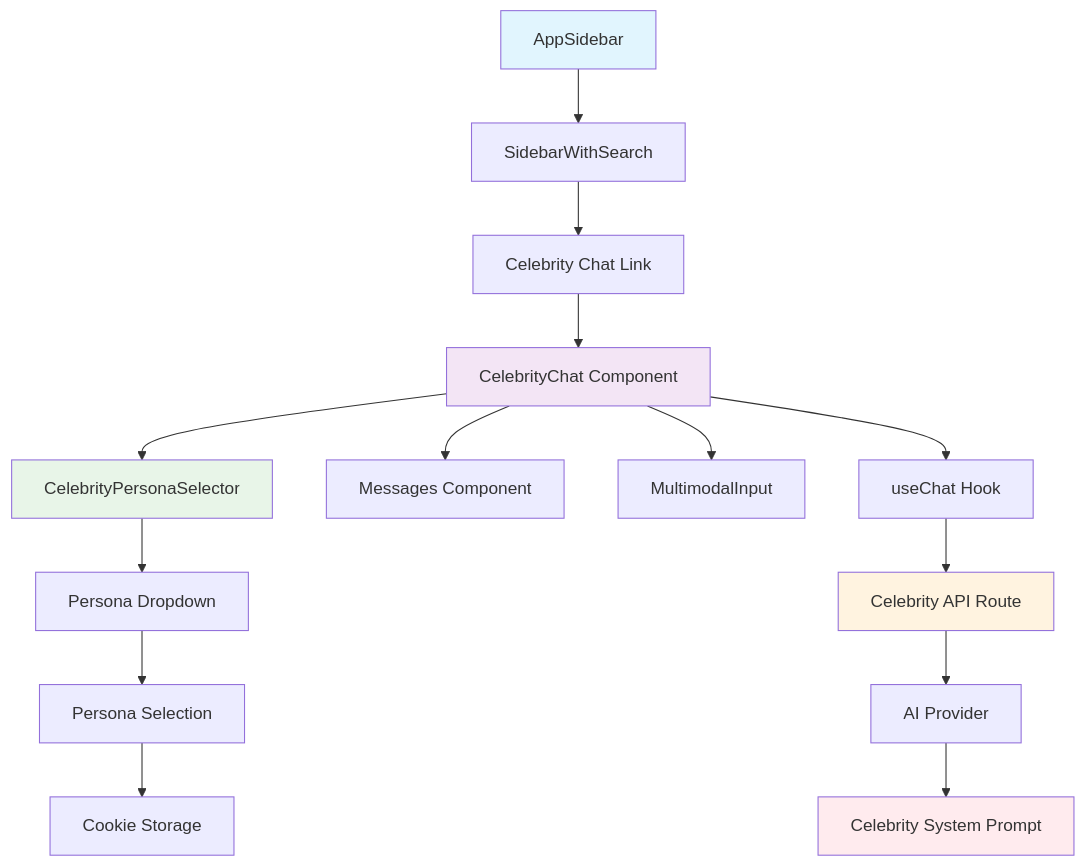
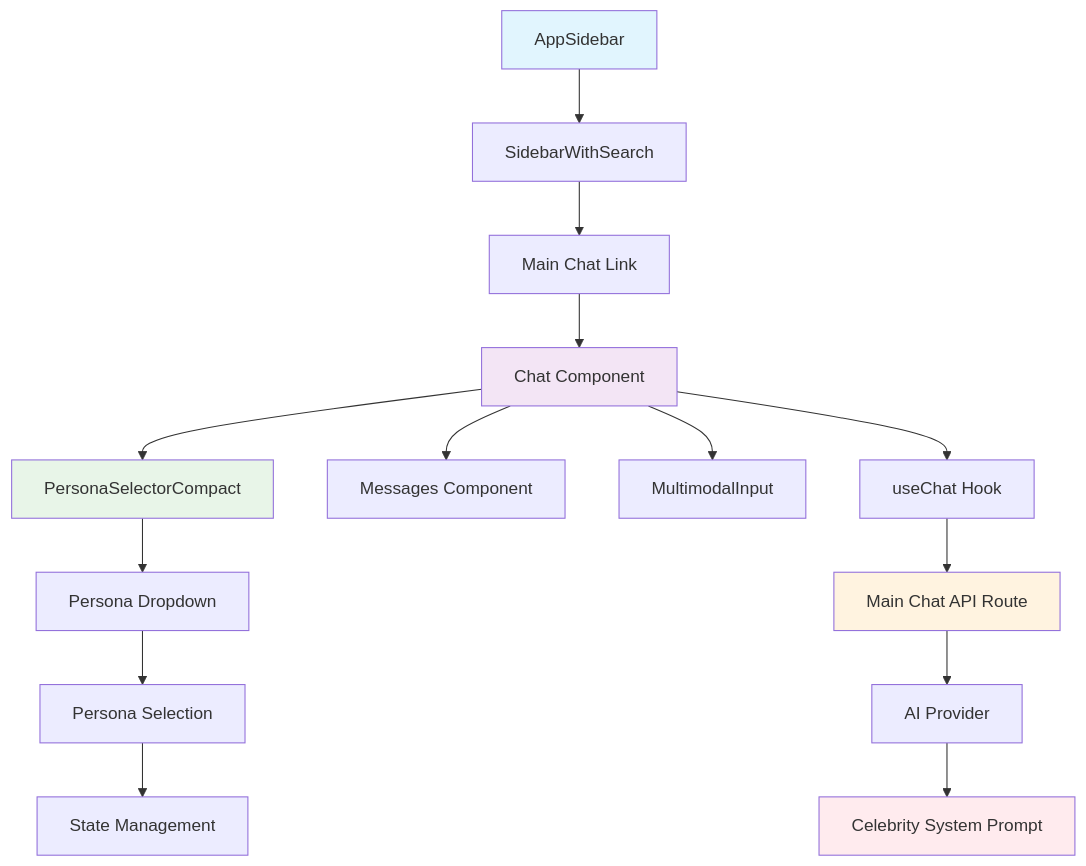
The first of 2 diagrams in docs/CELEBRITY_CHAT_IMPLEMENTATION_COMPLETE.md (pissaypratheesh/ai-chatbot), drawn with Mermaid before and after one commit. The commit also changed other lines of this file and 13 other files, not shown here.

First line of the commit message:
feat: Consolidate celebrity chat into main chat interface

````diff
--- a/docs/CELEBRITY_CHAT_IMPLEMENTATION_COMPLETE.md
+++ b/docs/CELEBRITY_CHAT_IMPLEMENTATION_COMPLETE.md
@@ -30,24 +31,24 @@
 ```mermaid
 graph TD
     A[AppSidebar] --> B[SidebarWithSearch]
-    B --> C[Celebrity Chat Link]
-    C --> D[CelebrityChat Component]
-    D --> E[CelebrityPersonaSelector]
+    B --> C[Main Chat Link]
+    C --> D[Chat Component]
+    D --> E[PersonaSelectorCompact]
     D --> F[Messages Component]
     D --> G[MultimodalInput]
     
     E --> H[Persona Dropdown]
     H --> I[Persona Selection]
-    I --> J[Cookie Storage]
+    I --> J[State Management]
     
     D --> K[useChat Hook]
-    K --> L[Celebrity API Route]
+    K --> L[Main Chat API Route]
     L --> M[AI Provider]
     M --> N[Celebrity System Prompt]
     
     style A fill:#e1f5fe
     style D fill:#f3e5f5
     style E fill:#e8f5e8
     style L fill:#fff3e0
     style N fill:#ffebee
 ```
````
